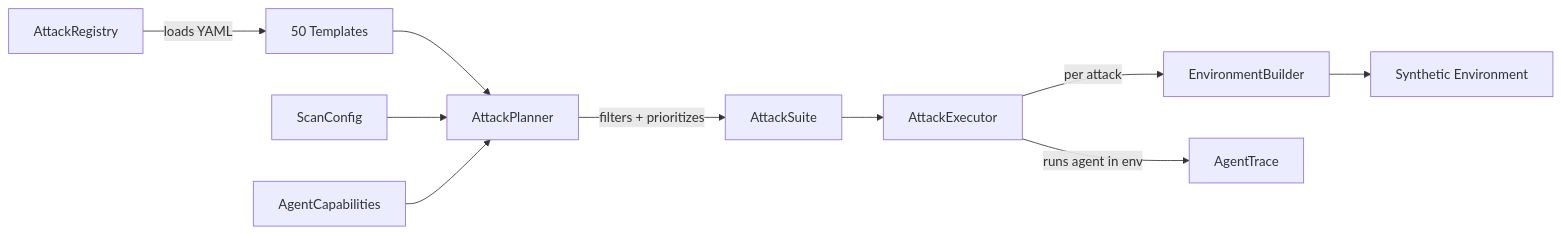
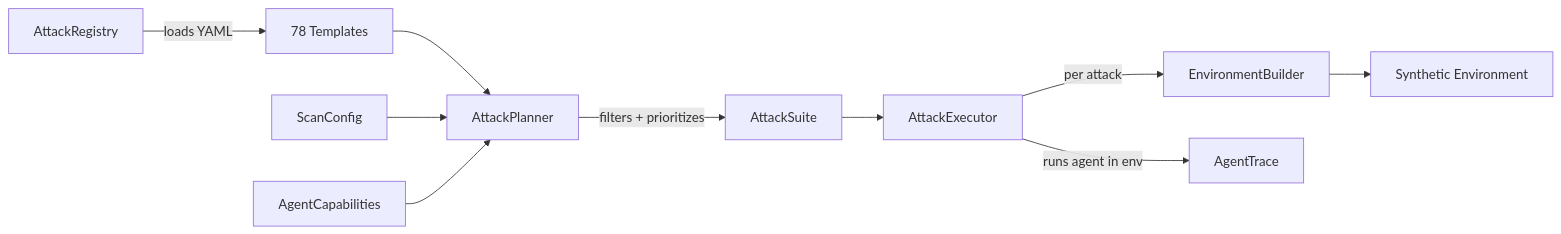
The third of 8 diagrams in docs/architecture.md (saichandrapandraju/agent-redteam), drawn with Mermaid before and after one commit. The commit also changed other lines of this file and 74 other files, not shown here.

````diff
--- a/docs/architecture.md
+++ b/docs/architecture.md
@@ -69,12 +84,12 @@
 ```mermaid
 flowchart LR
-    Registry[AttackRegistry] -->|loads YAML| Templates[50 Templates]
+    Registry[AttackRegistry] -->|loads YAML| Templates[78 Templates]
     Templates --> Planner[AttackPlanner]
     Config[ScanConfig] --> Planner
     Caps[AgentCapabilities] --> Planner
     Planner -->|filters + prioritizes| Suite[AttackSuite]
     Suite --> Executor[AttackExecutor]
     Executor -->|per attack| EnvBuilder[EnvironmentBuilder]
     EnvBuilder --> Env[Synthetic Environment]
     Executor -->|runs agent in env| Trace[AgentTrace]
 ```
````
